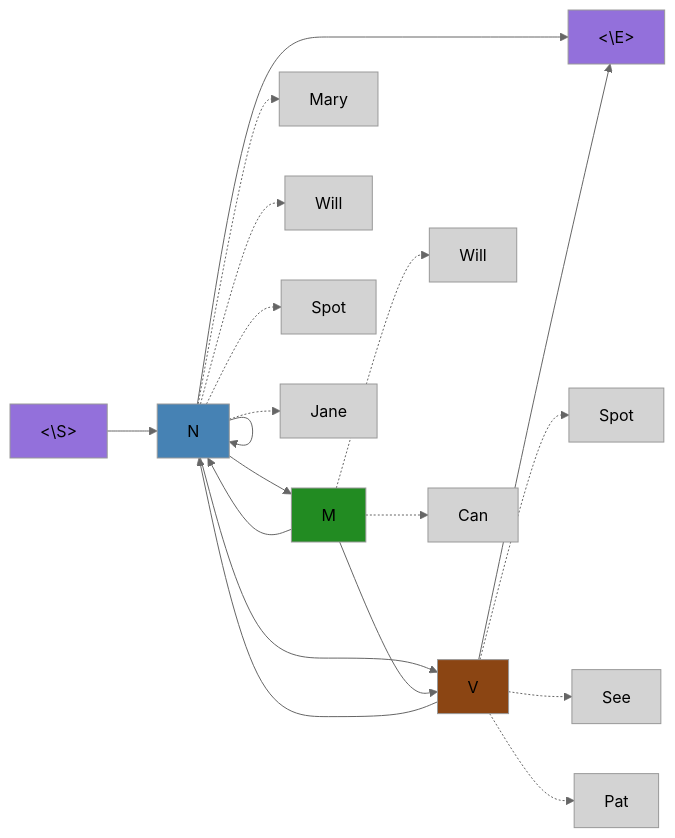
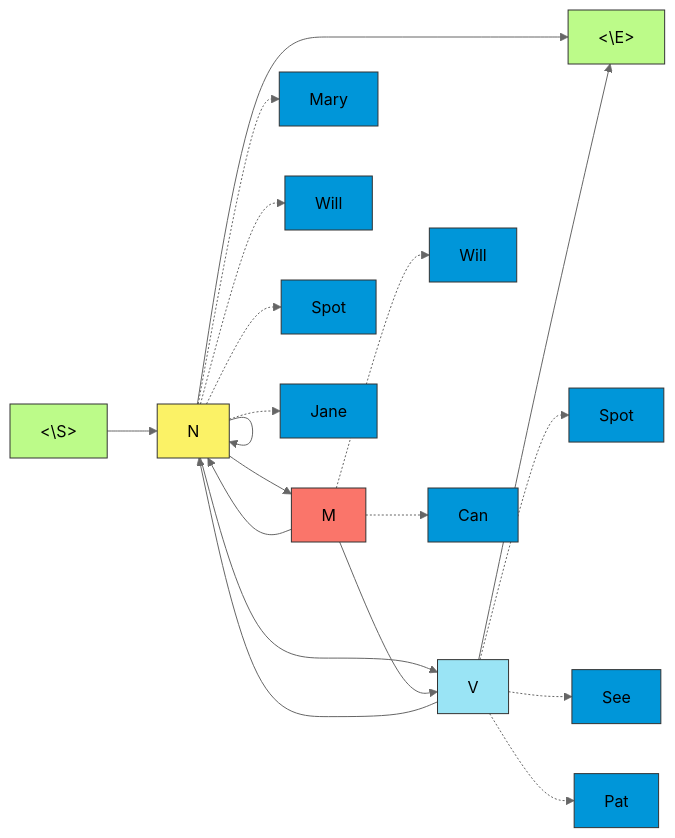
One commit to Chaklader/part-of-speech-tagging changed the first of 7 diagrams in C_5.md. Above: the diagram before and after it, drawn with Mermaid (neutral theme). The commit also changed other lines of this file, not shown here.

````diff
--- a/C_5.md
+++ b/C_5.md
@@ -69,38 +69,37 @@
 ```mermaid
 graph LR
     S["<\S>"] --> N
     N --> N
     N --> M
     N --> V
     N --> E["<\E>"]
     M --> N
     M --> V
     V --> N
     V --> E
-
     %% Emission probabilities shown as dashed lines
     N -.-> Mary
     N -.-> Will1[Will]
     N -.-> Spot1[Spot]
     N -.-> Jane
     M -.-> Will2[Will]
     M -.-> Can
     V -.-> Spot2[Spot]
     V -.-> See
     V -.-> Pat
 
-    %% Styling
-    classDef start fill:#9370DB
-    classDef noun fill:#4682B4
-    classDef modal fill:#228B22
-    classDef verb fill:#8B4513
-    classDef endState fill:#9370DB
-    classDef word fill:#D3D3D3
-
-    class S start
-    class E endState
-    class N noun
-    class M modal
-    class V verb
-    class Mary,Will1,Will2,Spot1,Spot2,Jane,Can,See,Pat word
+    style S fill:#BCFB89,stroke:#333,stroke-width:1px
+    style E fill:#BCFB89,stroke:#333,stroke-width:1px
+    style N fill:#FBF266,stroke:#333,stroke-width:1px
+    style M fill:#FA756A,stroke:#333,stroke-width:1px
+    style V fill:#9AE4F5,stroke:#333,stroke-width:1px
+    style Mary fill:#0096D9,stroke:#333,stroke-width:1px
+    style Will1 fill:#0096D9,stroke:#333,stroke-width:1px
+    style Spot1 fill:#0096D9,stroke:#333,stroke-width:1px
+    style Jane fill:#0096D9,stroke:#333,stroke-width:1px
+    style Will2 fill:#0096D9,stroke:#333,stroke-width:1px
+    style Can fill:#0096D9,stroke:#333,stroke-width:1px
+    style Spot2 fill:#0096D9,stroke:#333,stroke-width:1px
+    style See fill:#0096D9,stroke:#333,stroke-width:1px
+    style Pat fill:#0096D9,stroke:#333,stroke-width:1px
 ```
````
